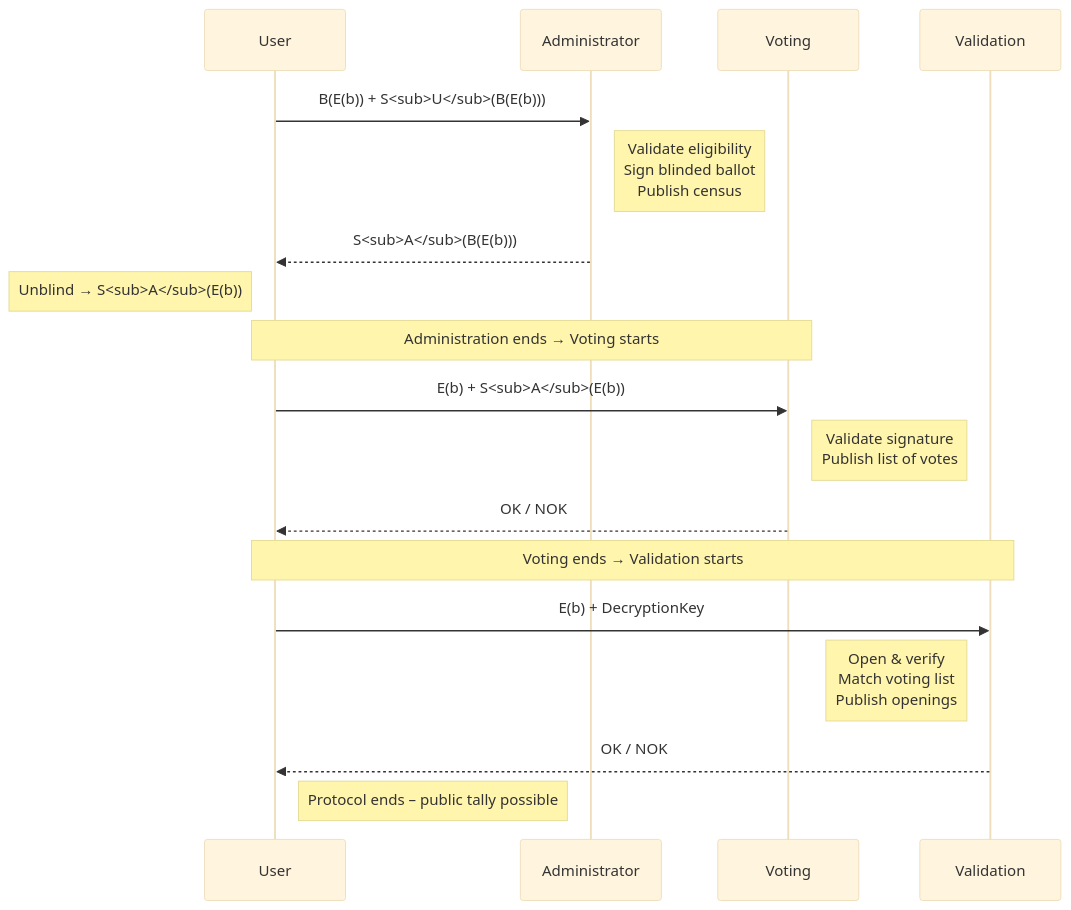
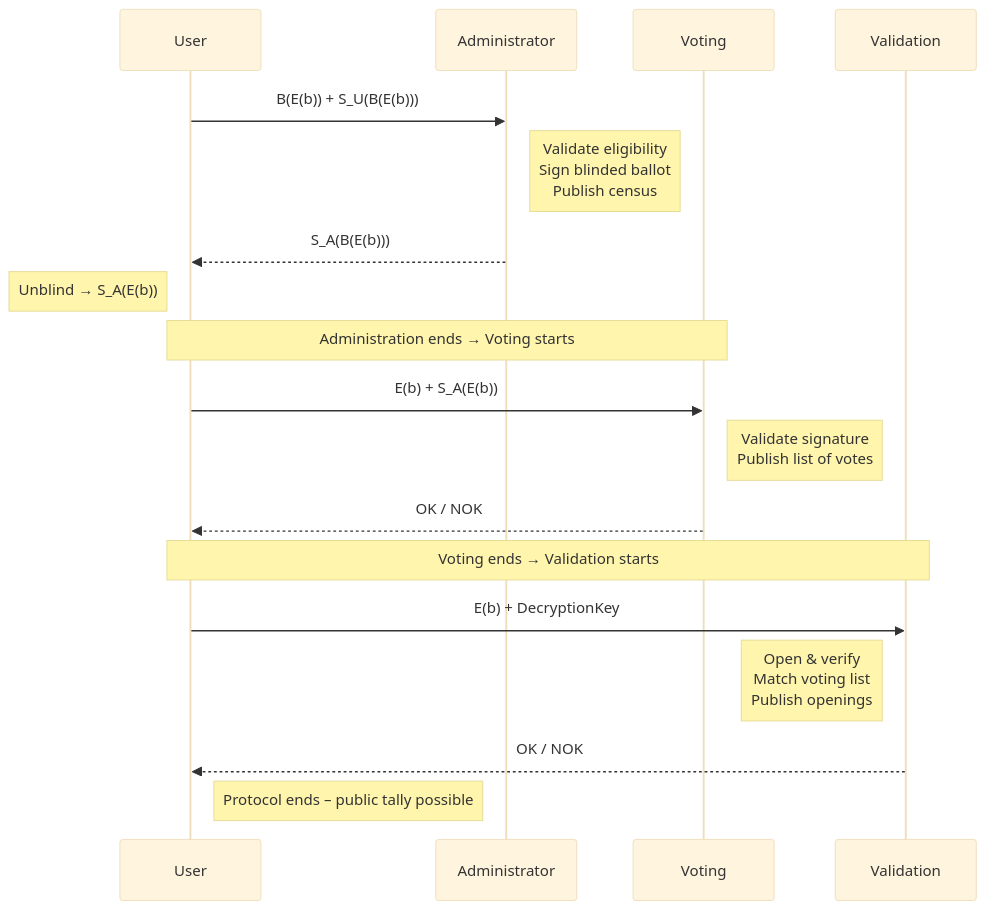
The diagram in src/votoInterno/SimpleEVotingScheme.md (f-alonso-vendrell/popenconstruccion), drawn with Mermaid (base theme) before and after one commit.

Commit message:
voting seq diagram upgrade underscore

````diff
--- a/src/votoInterno/SimpleEVotingScheme.md
+++ b/src/votoInterno/SimpleEVotingScheme.md
@@ -73,23 +73,23 @@
 ```mermaid
 sequenceDiagram
     participant User
     participant Administrator
     participant Voting
     participant Validation
 
-    User->>Administrator: B(E(b)) + S<sub>U</sub>(B(E(b)))
+    User->>Administrator: B(E(b)) + S_U(B(E(b)))
     Note right of Administrator: Validate eligibility<br/>Sign blinded ballot<br/>Publish census
-    Administrator-->>User: S<sub>A</sub>(B(E(b)))
-    Note left of User: Unblind → S<sub>A</sub>(E(b))
+    Administrator-->>User: S_A(B(E(b)))
+    Note left of User: Unblind → S_A(E(b))
 
     Note over User,Voting: Administration ends → Voting starts
-    User->>Voting: E(b) + S<sub>A</sub>(E(b))
+    User->>Voting: E(b) + S_A(E(b))
     Note right of Voting: Validate signature<br/>Publish list of votes
     Voting-->>User: OK / NOK
 
     Note over User,Validation: Voting ends → Validation starts
     User->>Validation: E(b) + DecryptionKey
     Note left of Validation: Open & verify<br/>Match voting list<br/>Publish openings
     Validation-->>User: OK / NOK
     Note right of User: Protocol ends – public tally possible
 ```
````
